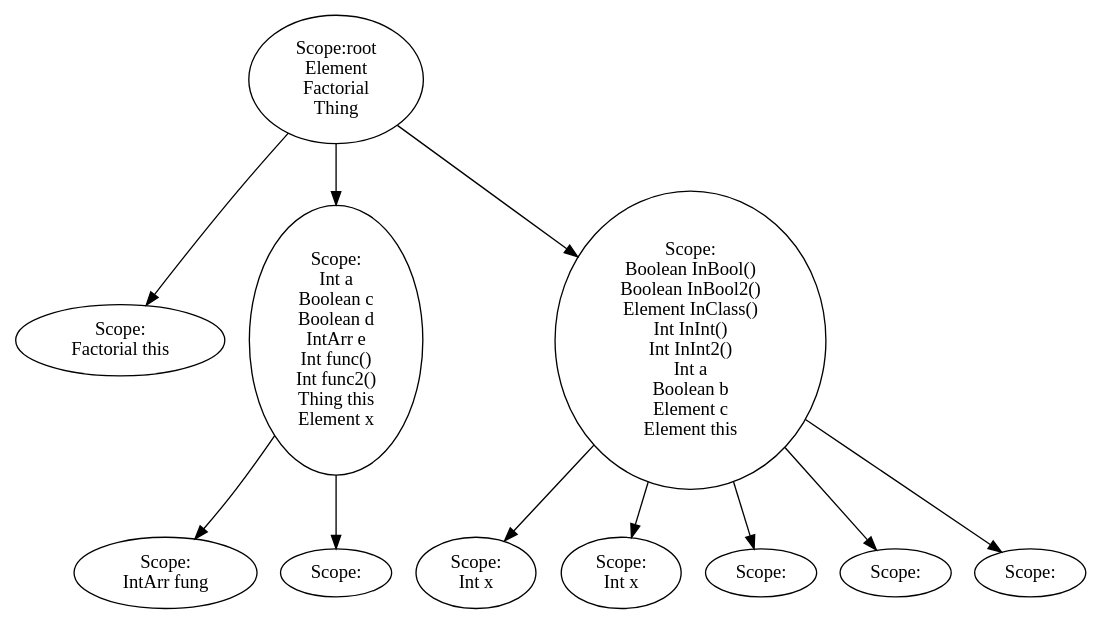
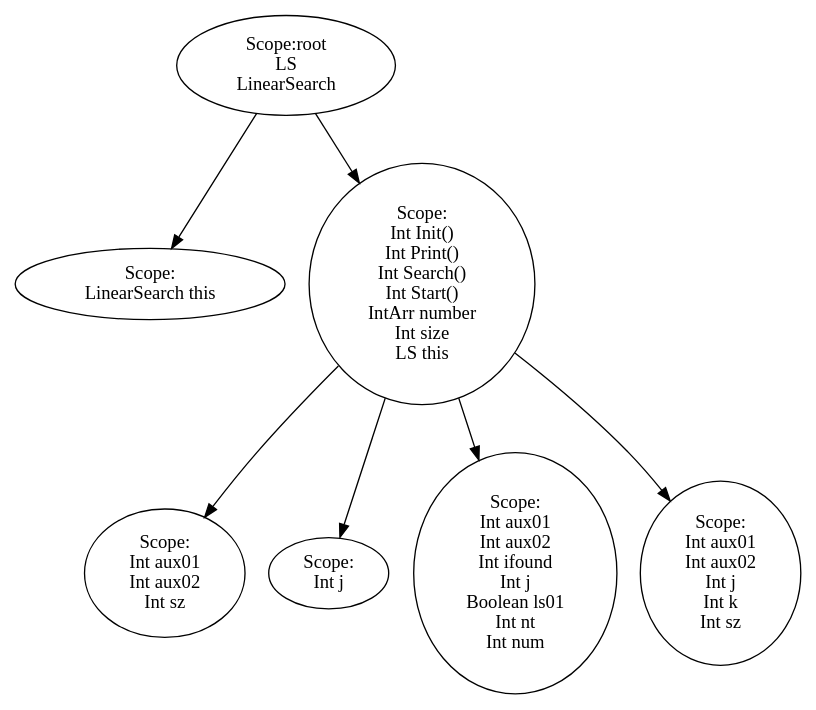
The diagram in assignment2/assignment/st.dot (JakobAdamsson/Compiler-and-translation-technique), drawn with Graphviz before and after one commit. The commit also changed 6 other files, not shown here.

```diff
--- a/assignment2/assignment/st.dot
+++ b/assignment2/assignment/st.dot
@@ -1,58 +1,48 @@
 digraph {
 n0 [label="Scope:root
- Element
- Factorial
- Thing
+ LS
+ LinearSearch
 "];
 n1 [label="Scope:
-Factorial this
+LinearSearch this
 "];
 n0 -> n1
 n2 [label="Scope:
-Int a
-Boolean c
-Boolean d
-IntArr e
-Int func()
-Int func2()
-Thing this
-Element x
+Int Init()
+Int Print()
+Int Search()
+Int Start()
+IntArr number
+Int size
+LS this
 "];
 n3 [label="Scope:
-IntArr fung
+Int aux01
+Int aux02
+Int sz
 "];
 n2 -> n3
 n4 [label="Scope:
+Int j
 "];
 n2 -> n4
+n5 [label="Scope:
+Int aux01
+Int aux02
+Int ifound
+Int j
+Boolean ls01
+Int nt
+Int num
+"];
+n2 -> n5
+n6 [label="Scope:
+Int aux01
+Int aux02
+Int j
+Int k
+Int sz
+"];
+n2 -> n6
 n0 -> n2
-n5 [label="Scope:
-Boolean InBool()
-Boolean InBool2()
-Element InClass()
-Int InInt()
-Int InInt2()
-Int a
-Boolean b
-Element c
-Element this
-"];
-n6 [label="Scope:
-Int x
-"];
-n5 -> n6
-n7 [label="Scope:
-Int x
-"];
-n5 -> n7
-n8 [label="Scope:
-"];
-n5 -> n8
-n9 [label="Scope:
-"];
-n5 -> n9
-n10 [label="Scope:
-"];
-n5 -> n10
-n0 -> n5
 }
```
